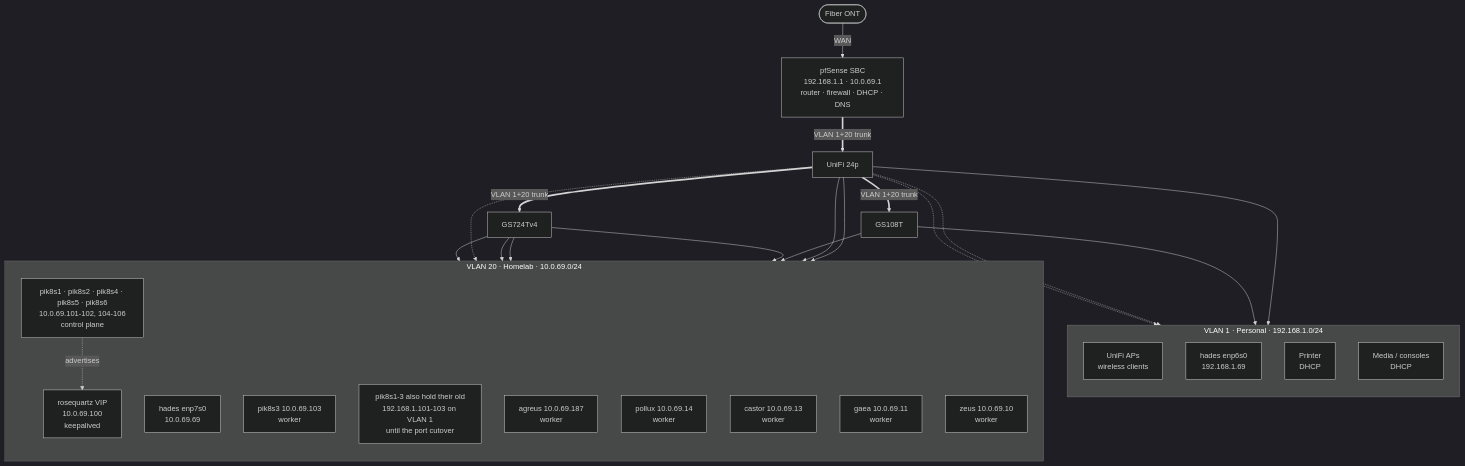
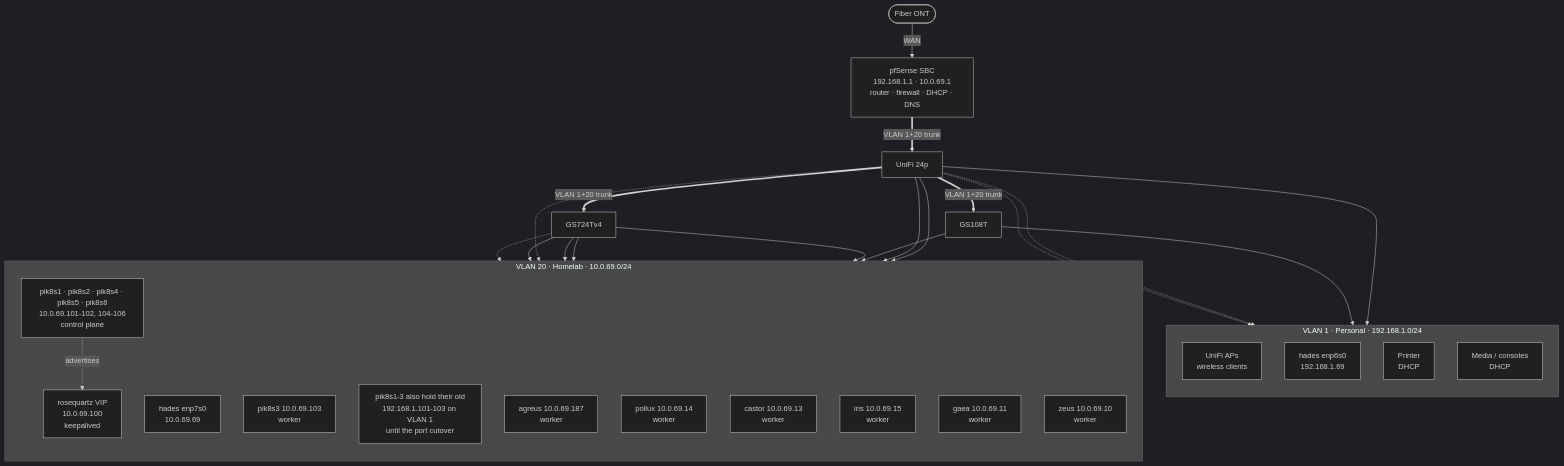
The diagram in NETWORK.md (UnstoppableMango/nixos), drawn with Mermaid (dark theme) before and after one commit. The commit also changed other lines of this file and 7 other files, not shown here.

First line of the commit message:
feat(iris): add iris as a rosequartz worker

````diff
--- a/NETWORK.md
+++ b/NETWORK.md
@@ -17,52 +17,54 @@
 ```mermaid
 flowchart TB
   ONT(["Fiber ONT"])
   FW["pfSense SBC<br/>192.168.1.1 · 10.0.69.1<br/>router · firewall · DHCP · DNS"]
 
   ONT -->|WAN| FW
 
   U24["UniFi 24p"]
   GS108["GS108T"]
   GS724["GS724Tv4"]
 
   FW ==>|"VLAN 1+20 trunk"| U24
   U24 ==>|"VLAN 1+20 trunk"| GS108
   U24 ==>|"VLAN 1+20 trunk"| GS724
 
   subgraph V1["VLAN 1 · Personal · 192.168.1.0/24"]
     direction TB
     AP["UniFi APs<br/>wireless clients"]
     HADES1["hades enp6s0<br/>192.168.1.69"]
     PRN["Printer<br/>DHCP"]
     MED["Media / consoles<br/>DHCP"]
   end
 
   subgraph V20["VLAN 20 · Homelab · 10.0.69.0/24"]
     direction TB
     VIP["rosequartz VIP<br/>10.0.69.100<br/>keepalived"]
     HADES2["hades enp7s0<br/>10.0.69.69"]
     CP["pik8s1 · pik8s2 · pik8s4 · pik8s5 · pik8s6<br/>10.0.69.101-102, 104-106<br/>control plane"]
     PIW["pik8s3 10.0.69.103<br/>worker"]
     NOTE["pik8s1-3 also hold their old<br/>192.168.1.101-103 on VLAN 1<br/>until the port cutover"]
     AGREUS["agreus 10.0.69.187<br/>worker"]
     POLLUX["pollux 10.0.69.14<br/>worker"]
     CASTOR["castor 10.0.69.13<br/>worker"]
+    IRIS["iris 10.0.69.15<br/>worker"]
     GAEA["gaea 10.0.69.11<br/>worker"]
     ZEUS["zeus 10.0.69.10<br/>worker"]
   end
 
   U24 --> AP
   U24 --> CP
   U24 --> AGREUS
   GS108 --> HADES1
   GS108 --> HADES2
   GS724 --> ZEUS
   GS724 --> GAEA
   GS724 --> CASTOR
   U24 -.-> PIW
   U24 -.-> PRN
   U24 -.-> MED
   GS724 --> POLLUX
+  GS724 -.-> IRIS
 
   CP -.->|advertises| VIP
 ```
````
